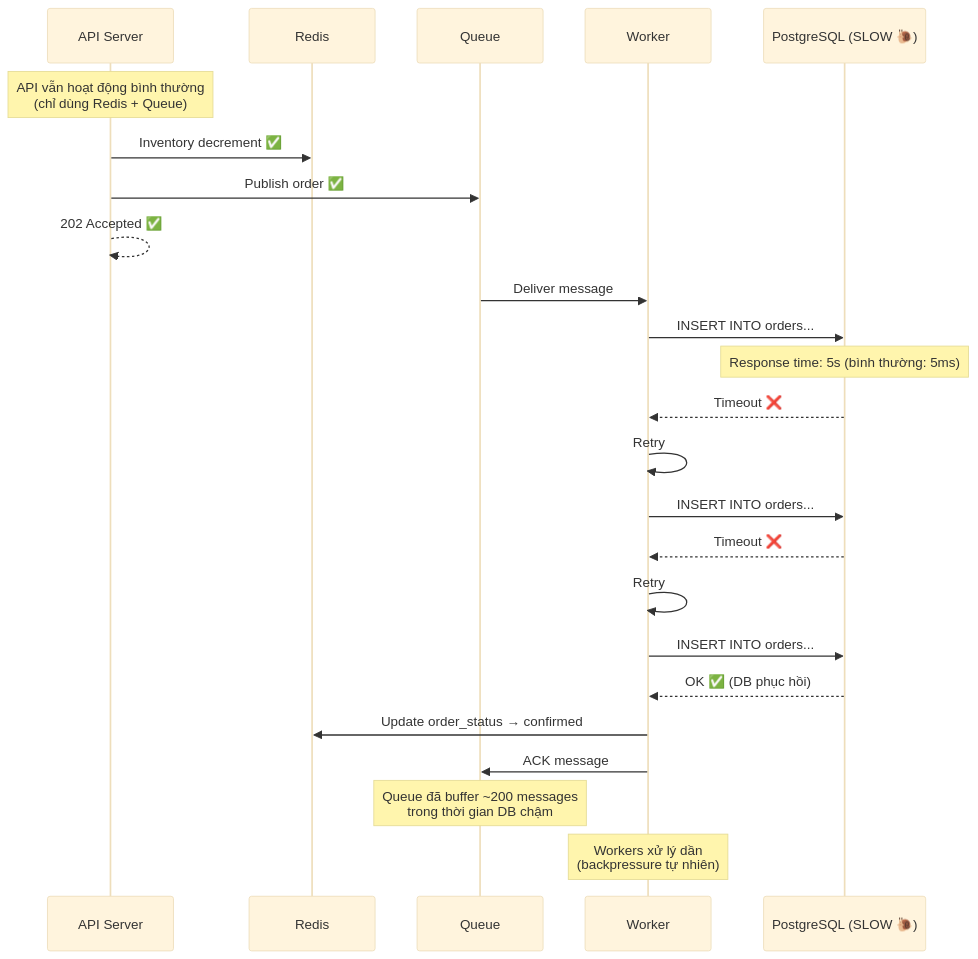
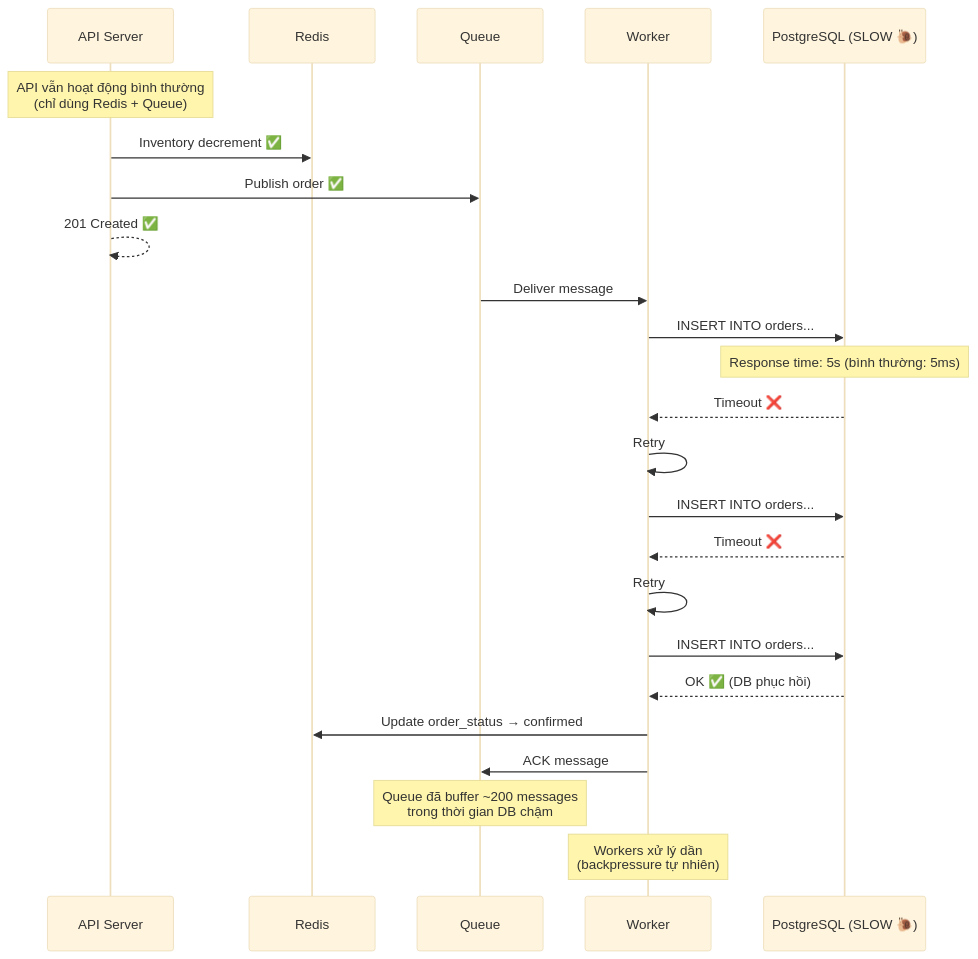
One commit to TriNgoc2077/ApexStock changed diagram 12 of 17 in docs/design/01-system-architecture.md. Above: the diagram before and after it, drawn with Mermaid (base theme). The commit also changed other lines of this file and 26 other files, not shown here.

````diff
--- a/docs/design/01-system-architecture.md
+++ b/docs/design/01-system-architecture.md
@@ -927,33 +937,33 @@
 ```mermaid
 sequenceDiagram
     participant API as API Server
     participant R as Redis
     participant Q as Queue
     participant W as Worker
     participant DB as PostgreSQL (SLOW 🐌)
 
     Note over API: API vẫn hoạt động bình thường<br/>(chỉ dùng Redis + Queue)
 
     API->>R: Inventory decrement ✅
     API->>Q: Publish order ✅
-    API-->>API: 202 Accepted ✅
+    API-->>API: 201 Created ✅
 
     Q->>W: Deliver message
     W->>DB: INSERT INTO orders...
     Note over DB: Response time: 5s (bình thường: 5ms)
     DB-->>W: Timeout ❌
 
     W->>W: Retry #1 (delay: 500ms)
     W->>DB: INSERT INTO orders...
     DB-->>W: Timeout ❌
 
     W->>W: Retry #2 (delay: 1s)
     W->>DB: INSERT INTO orders...
     DB-->>W: OK ✅ (DB phục hồi)
 
     W->>R: Update order_status → confirmed
     W->>Q: ACK message
 
     Note over Q: Queue đã buffer ~200 messages<br/>trong thời gian DB chậm
     Note over W: Workers xử lý dần<br/>(backpressure tự nhiên)
 ```
````
